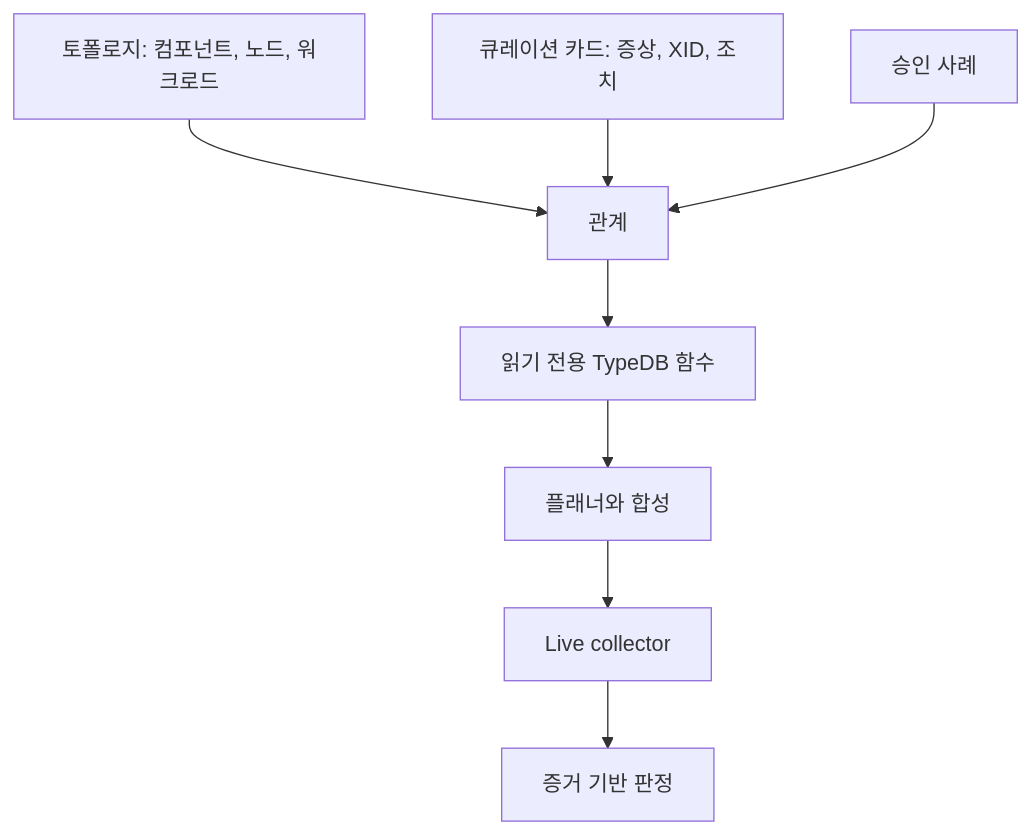
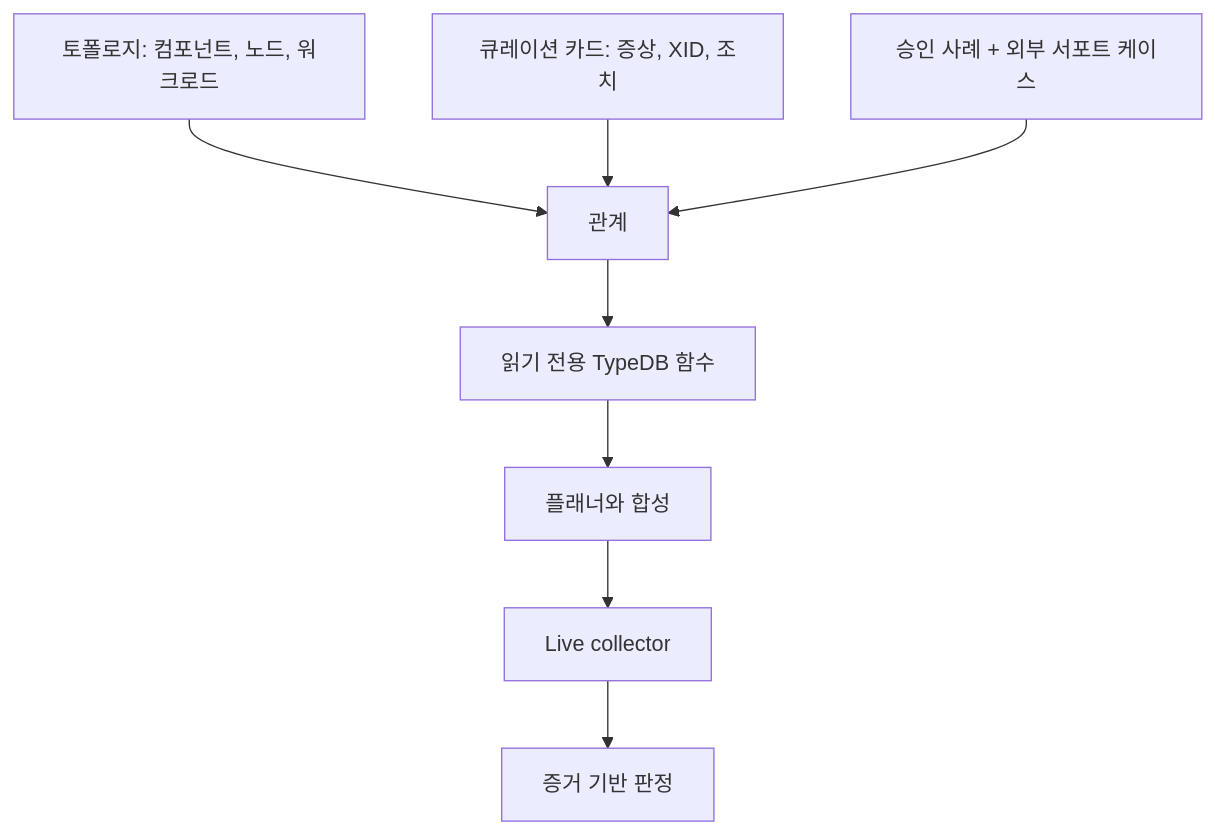
Before and after one commit to uclix-nvidia-sw/runaiRCA: the second of 5 diagrams in docs/ko/ONTOLOGY-GUIDE.md, drawn with Mermaid. The commit also changed other lines of this file and 12 other files, not shown here.

````diff
--- a/docs/ko/ONTOLOGY-GUIDE.md
+++ b/docs/ko/ONTOLOGY-GUIDE.md
@@ -14,10 +40,10 @@
 ```mermaid
 flowchart TB
   T[토폴로지: 컴포넌트, 노드, 워크로드] --> R[관계]
   C[큐레이션 카드: 증상, XID, 조치] --> R
-  H[승인 사례] --> R
+  H[승인 사례 + 외부 서포트 케이스] --> R
   R --> Q[읽기 전용 TypeDB 함수]
   Q --> P[플래너와 합성]
   P --> L[Live collector]
   L --> V[증거 기반 판정]
 ```
````
